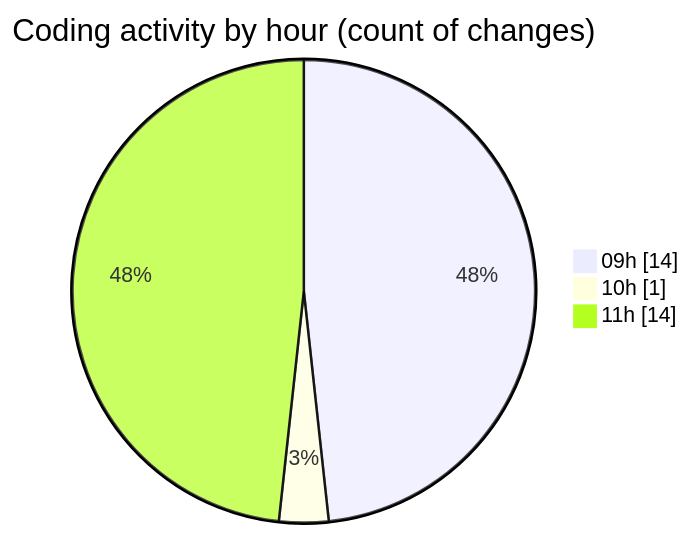
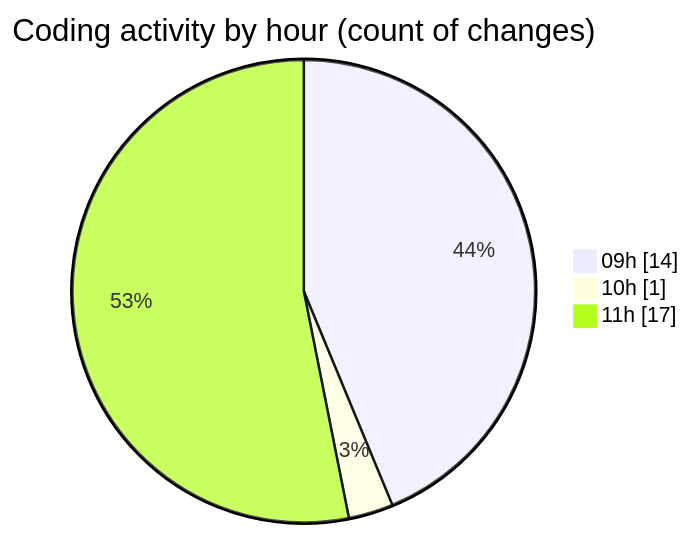
Before and after one commit to momahboobian/code-tracking: the second of 2 diagrams in 2025-12-05/cda/README.md, drawn with Mermaid. The commit also changed other lines of this file and 1 other file, not shown here.

````diff
--- a/2025-12-05/cda/README.md
+++ b/2025-12-05/cda/README.md
@@ -40,7 +40,7 @@
 ```mermaid
 pie showData
 title Coding activity by hour (count of changes)
 "09h" : 14
 "10h" : 1
-"11h" : 14
+"11h" : 17
 ```
````
